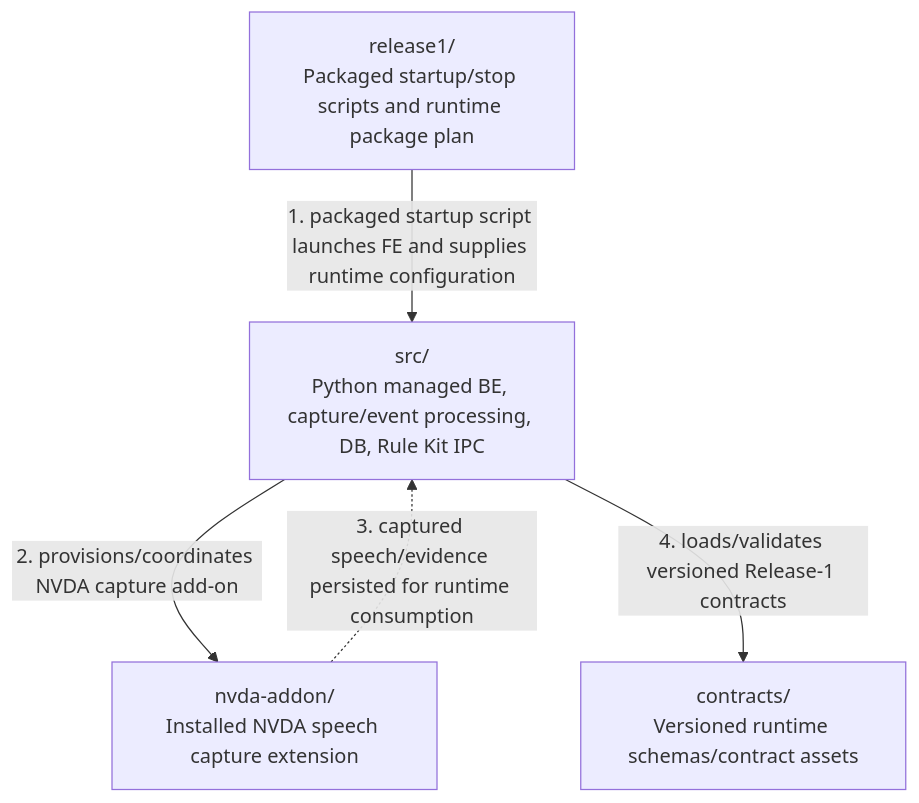
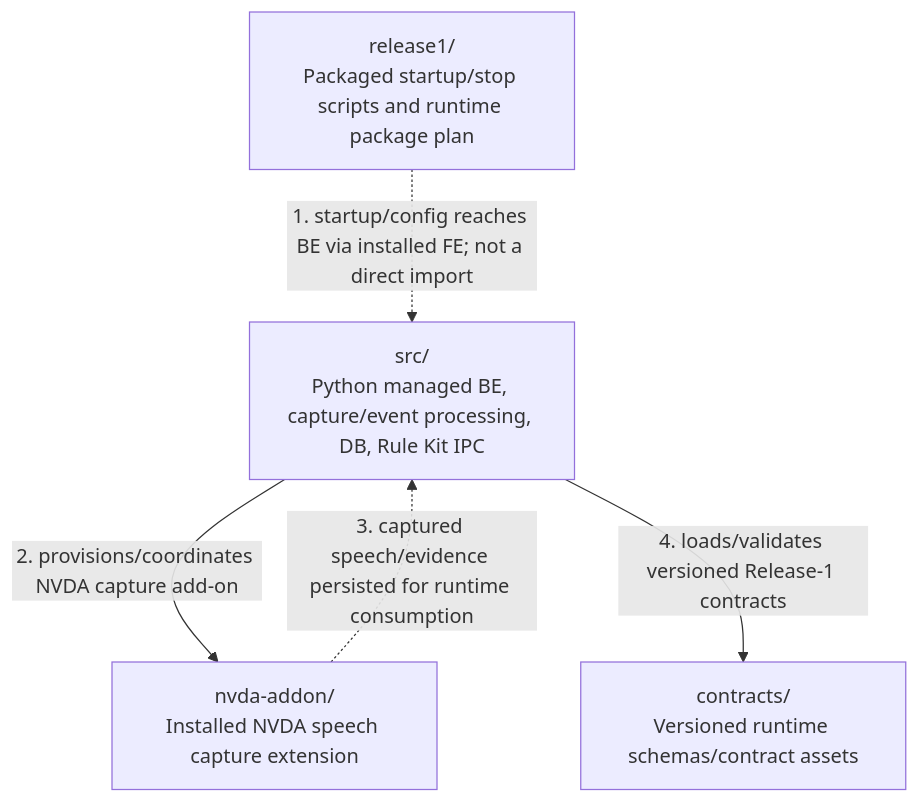
One commit to Synclab-VN-dev/StreamOps changed the diagram in utility/d4planner/d4planner-be/architecture.md. Above: the diagram before and after it, drawn with Mermaid.

Commit message:
docs(d4planner): distinguish indirect launcher config from BE calls

````diff
--- a/utility/d4planner/d4planner-be/architecture.md
+++ b/utility/d4planner/d4planner-be/architecture.md
@@ -7,12 +7,12 @@
 ```mermaid
 flowchart TD
     SRC["src/<br/>Python managed BE, capture/event processing, DB, Rule Kit IPC"]
     NVDA["nvda-addon/<br/>Installed NVDA speech capture extension"]
     C["contracts/<br/>Versioned runtime schemas/contract assets"]
     REL["release1/<br/>Packaged startup/stop scripts and runtime package plan"]
 
-    REL -->|"1. packaged startup script launches FE and supplies runtime configuration"| SRC
+    REL -.->|"1. startup/config reaches BE via installed FE; not a direct import"| SRC
     SRC -->|"2. provisions/coordinates NVDA capture add-on"| NVDA
     NVDA -.->|"3. captured speech/evidence persisted for runtime consumption"| SRC
     SRC -->|"4. loads/validates versioned Release-1 contracts"| C
 ```
````
